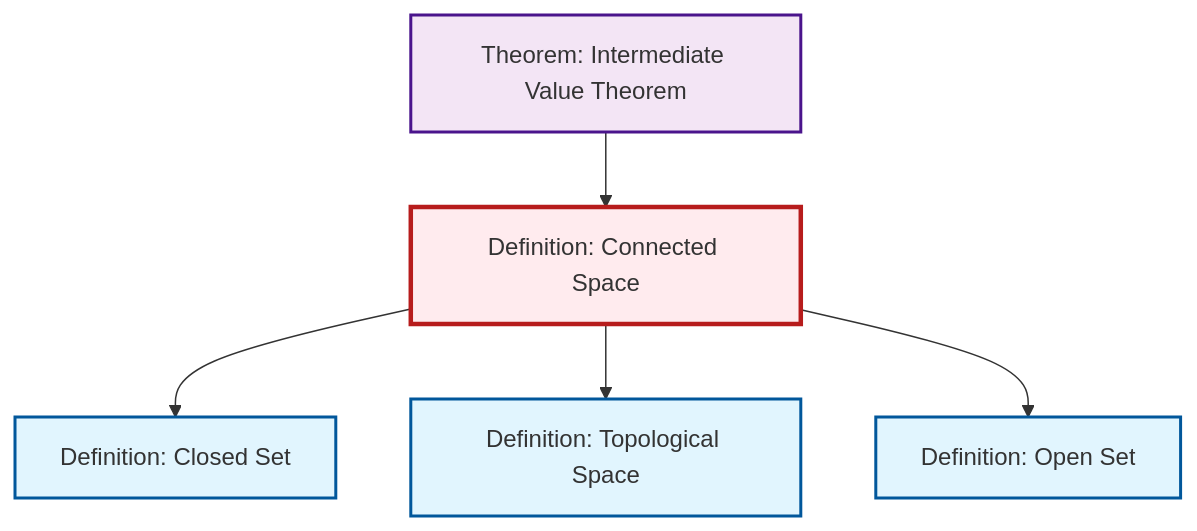
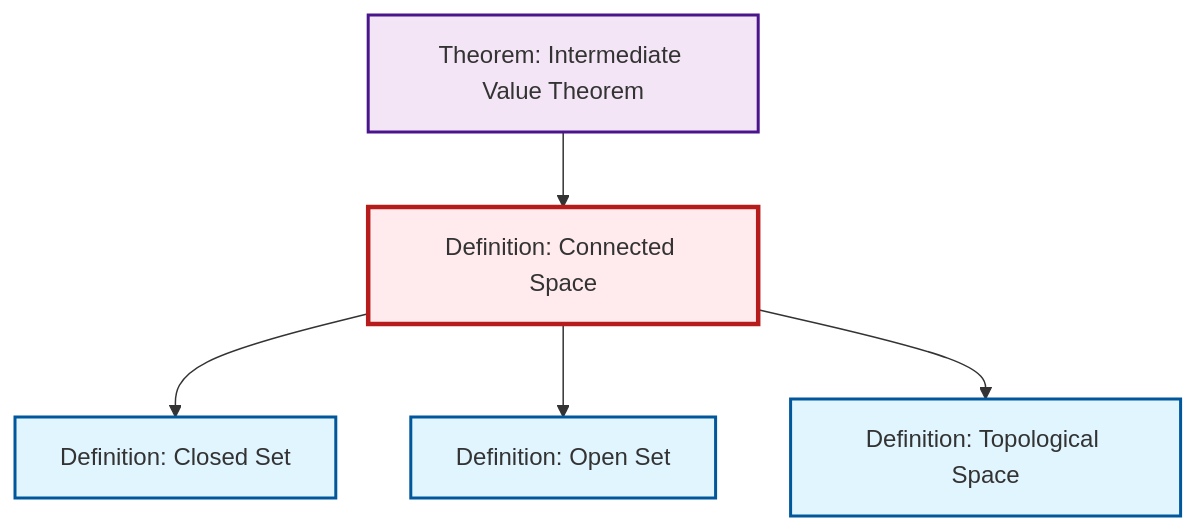
The diagram in content/en/topology/def-connected.qmd (RK0429/ModernMath), drawn with Mermaid before and after one commit. The commit also changed other lines of this file and 203 other files, not shown here.

````diff
--- a/content/en/topology/def-connected.qmd
+++ b/content/en/topology/def-connected.qmd
@@ -49,24 +49,19 @@
 ```{mermaid}
 %%| fig-cap: "Local dependency graph"
 graph TD
     classDef definition fill:#e1f5fe,stroke:#01579b,stroke-width:2px
     classDef theorem fill:#f3e5f5,stroke:#4a148c,stroke-width:2px
     classDef axiom fill:#fff3e0,stroke:#e65100,stroke-width:2px
     classDef example fill:#e8f5e9,stroke:#1b5e20,stroke-width:2px
     classDef current fill:#ffebee,stroke:#b71c1c,stroke-width:3px
-    def-connected["Definition: Connected Space"]:::definition
+    def-topological-space["Definition: Topological Space"]:::definition
     def-closed-set["Definition: Closed Set"]:::definition
     def-open-set["Definition: Open Set"]:::definition
+    def-connected["Definition: Connected Space"]:::definition
     thm-intermediate-value["Theorem: Intermediate Value Theorem"]:::theorem
-    def-topological-space["Definition: Topological Space"]:::definition
+    thm-intermediate-value --> def-connected
     def-connected --> def-closed-set
+    def-connected --> def-open-set
     def-connected --> def-topological-space
-    thm-intermediate-value --> def-connected
-    def-connected --> def-open-set
     class def-connected current
-
-    click def-closed-set "def-closed-set.html" "Go to Closed Set definition"
-    click def-open-set "def-open-set.html" "Go to Open Set definition"
-    click thm-intermediate-value "thm-intermediate-value.html" "Go to Intermediate Value Theorem theorem"
-    click def-topological-space "def-topological-space.html" "Go to Topological Space definition"
 ```
````
